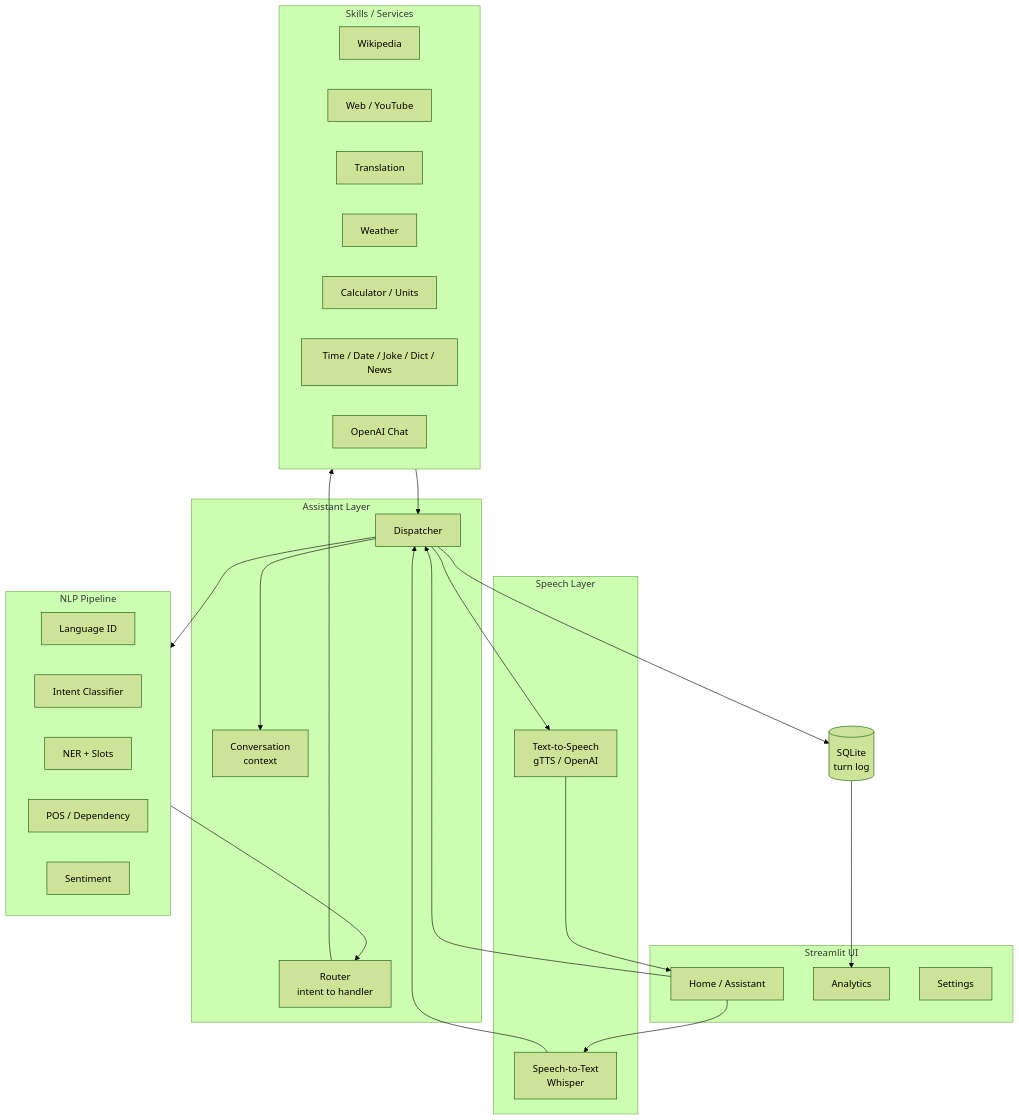
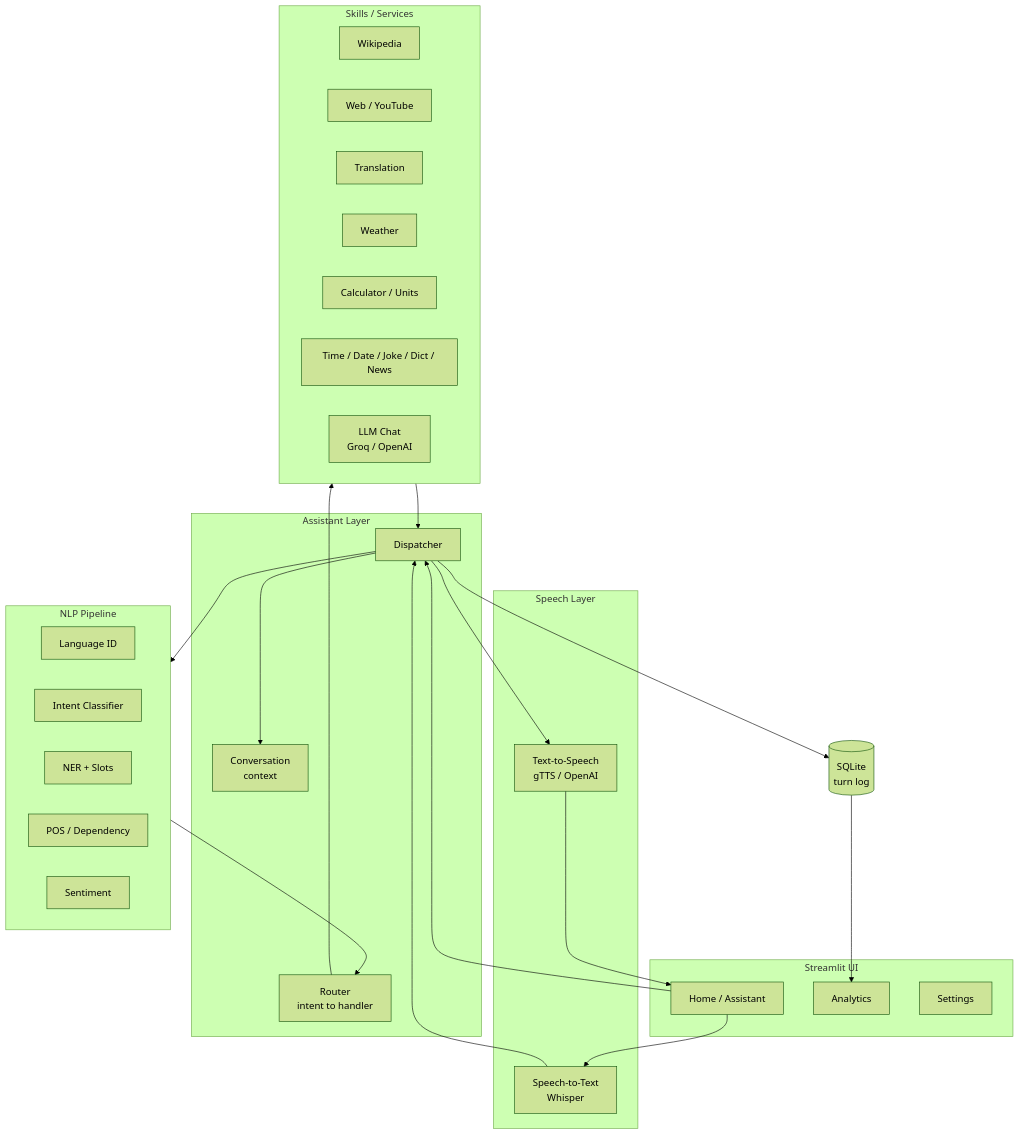
One commit to vinith-bonila/vini-ai changed the diagram in assets/architecture.mmd. Above: the diagram before and after it, drawn with Mermaid (forest theme). The commit also changed 27 other files, not shown here.

```diff
--- a/assets/architecture.mmd
+++ b/assets/architecture.mmd
@@ -1,48 +1,48 @@
 flowchart TB
     subgraph UI["Streamlit UI"]
         HOME[Home / Assistant]
         ANALYTICS[Analytics]
         SETTINGS[Settings]
     end
 
     subgraph SPEECH["Speech Layer"]
         STT[Speech-to-Text<br/>Whisper]
         TTS[Text-to-Speech<br/>gTTS / OpenAI]
     end
 
     subgraph ASSIST["Assistant Layer"]
         DISP[Dispatcher]
         CONV[Conversation<br/>context]
         ROUTE[Router<br/>intent to handler]
     end
 
     subgraph NLP["NLP Pipeline"]
         LANG[Language ID]
         INTENT[Intent Classifier]
         NER[NER + Slots]
         PARSE[POS / Dependency]
         SENT[Sentiment]
     end
 
     subgraph SVC["Skills / Services"]
         WIKI[Wikipedia]
         WEB[Web / YouTube]
         TRANS[Translation]
         WX[Weather]
         CALC[Calculator / Units]
         UTIL[Time / Date / Joke / Dict / News]
-        LLM[OpenAI Chat]
+        LLM[LLM Chat<br/>Groq / OpenAI]
     end
 
     DB[(SQLite<br/>turn log)]
 
     HOME --> STT --> DISP
     HOME --> DISP
     DISP --> NLP
     DISP --> CONV
     NLP --> ROUTE
     ROUTE --> SVC
     SVC --> DISP
     DISP --> DB
     DISP --> TTS --> HOME
     DB --> ANALYTICS
```
